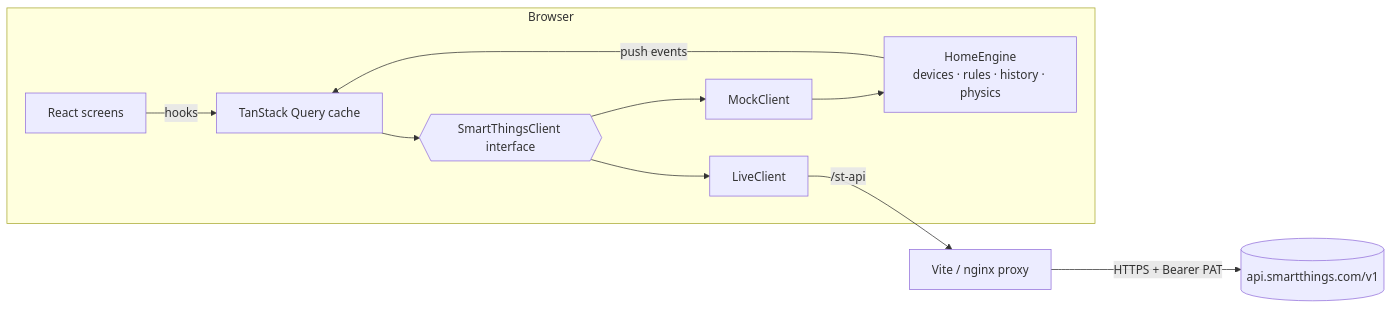
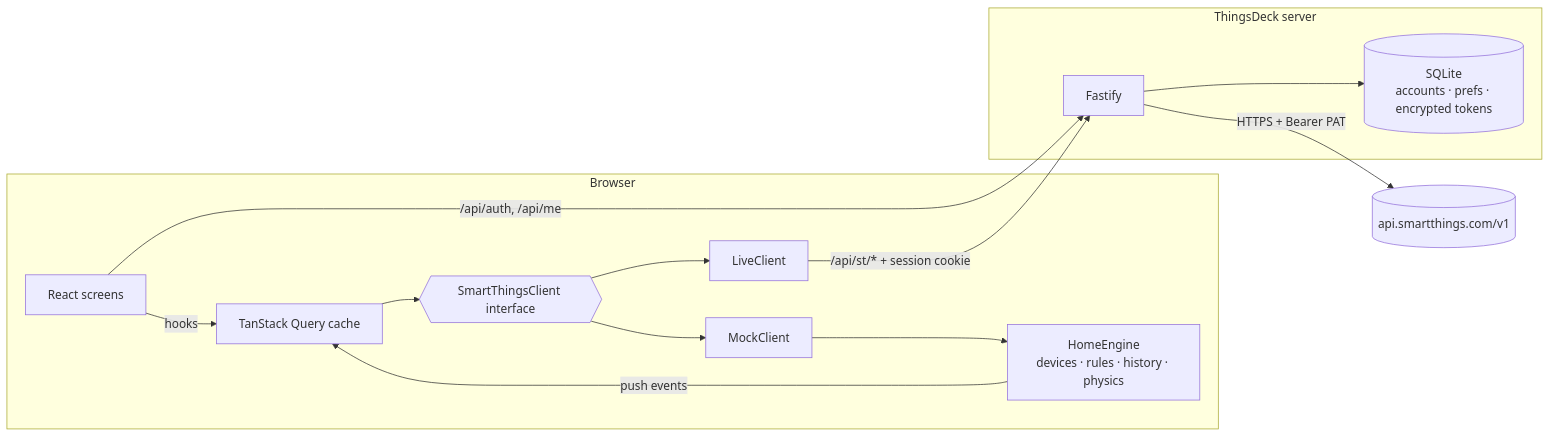
One commit to rh-97/thingdeck changed the diagram in README.md. Above: the diagram before and after it, drawn with Mermaid. The commit also changed other lines of this file and 54 other files, not shown here.

First line of the commit message:
feat: ThingsDeck accounts with per-user demo/live mode

````diff
--- a/README.md
+++ b/README.md
@@ -122,13 +150,17 @@
 ```mermaid
 flowchart LR
   subgraph Browser
     UI[React screens] -->|hooks| RQ[TanStack Query cache]
     RQ --> SC{{SmartThingsClient interface}}
     SC --> MC[MockClient]
     SC --> LC[LiveClient]
     MC --> EN[HomeEngine<br/>devices · rules · history · physics]
     EN -- push events --> RQ
   end
-  LC -->|/st-api| PX[Vite / nginx proxy]
-  PX -->|HTTPS + Bearer PAT| API[(api.smartthings.com/v1)]
+  UI -->|/api/auth, /api/me| SV
+  LC -->|/api/st/* + session cookie| SV
+  subgraph Server[ThingsDeck server]
+    SV[Fastify] --> DB[(SQLite<br/>accounts · prefs · encrypted tokens)]
+  end
+  SV -->|HTTPS + Bearer PAT| API[(api.smartthings.com/v1)]
 ```
````
